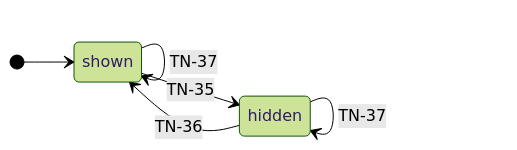
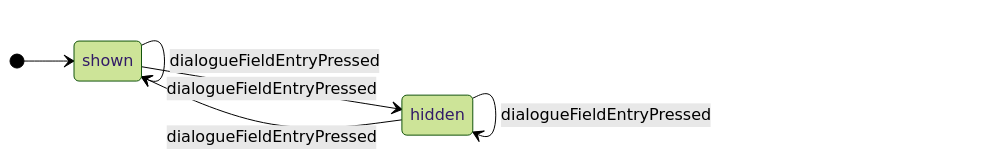
The eighth of 14 diagrams in docs/spec/_assets/tbl-state-machines.md (GoodRelax/gr-scheduler), drawn with Mermaid (forest theme) before and after one commit. The commit also changed other lines of this file and 22 other files, not shown here.

````diff
--- a/docs/spec/_assets/tbl-state-machines.md
+++ b/docs/spec/_assets/tbl-state-machines.md
@@ -270,11 +277,11 @@
 ```mermaid
 stateDiagram-v2
     direction LR
-    [*] --> screen_dialogueField_shown
-    screen_dialogueField_shown : shown
-    screen_dialogueField_hidden : hidden
-    screen_dialogueField_shown --> screen_dialogueField_hidden : TN-35
-    screen_dialogueField_hidden --> screen_dialogueField_shown : TN-36
-    screen_dialogueField_shown --> screen_dialogueField_shown : TN-37
-    screen_dialogueField_hidden --> screen_dialogueField_hidden : TN-37
+    [*] --> dialogueFieldDisplayStateMachine_shown
+    dialogueFieldDisplayStateMachine_shown : shown
+    dialogueFieldDisplayStateMachine_hidden : hidden
+    dialogueFieldDisplayStateMachine_shown --> dialogueFieldDisplayStateMachine_hidden : dialogueFieldEntryPressed
+    dialogueFieldDisplayStateMachine_shown --> dialogueFieldDisplayStateMachine_shown : dialogueFieldEntryPressed
+    dialogueFieldDisplayStateMachine_hidden --> dialogueFieldDisplayStateMachine_shown : dialogueFieldEntryPressed
+    dialogueFieldDisplayStateMachine_hidden --> dialogueFieldDisplayStateMachine_hidden : dialogueFieldEntryPressed
 ```
````
